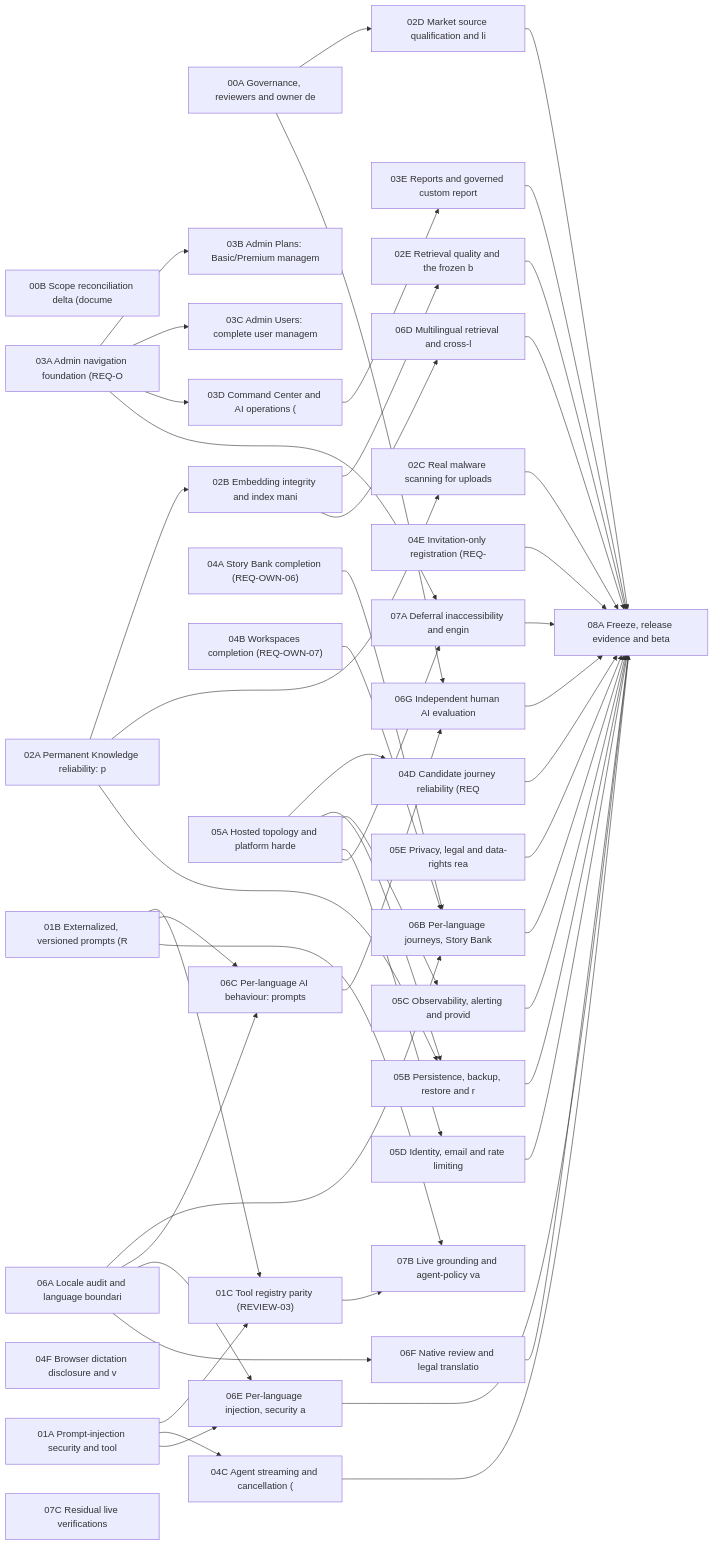
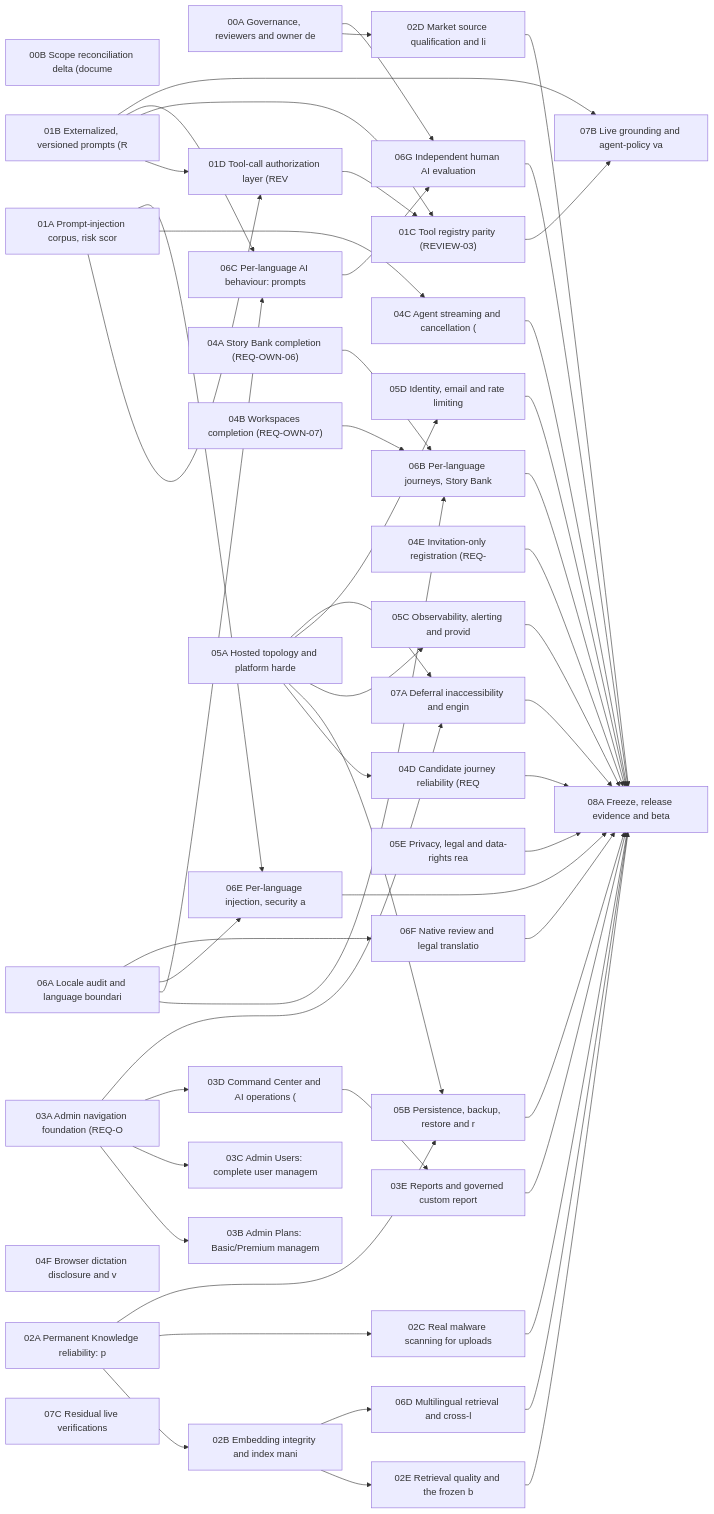
One commit to moaltamimi-unbiasedtalent/Intelligent-Interview-Coach changed the diagram in docs/production/execution/DEPENDENCY_GRAPH.md. Above: the diagram before and after it, drawn with Mermaid. The commit also changed other lines of this file and 18 other files, not shown here.

```diff
--- a/docs/production/execution/DEPENDENCY_GRAPH.md
+++ b/docs/production/execution/DEPENDENCY_GRAPH.md
@@ -8,7 +8,8 @@
 graph LR
   P00A["00A Governance, reviewers and owner de"]
   P00B["00B Scope reconciliation delta (docume"]
-  P01A["01A Prompt-injection security and tool"]
+  P01A["01A Prompt-injection corpus, risk scor"]
+  P01D["01D Tool-call authorization layer (REV"]
   P01B["01B Externalized, versioned prompts (R"]
   P01C["01C Tool registry parity (REVIEW-03)"]
   P02A["02A Permanent Knowledge reliability: p"]
@@ -43,8 +44,10 @@
   P07B["07B Live grounding and agent-policy va"]
   P07C["07C Residual live verifications"]
   P08A["08A Freeze, release evidence and beta "]
-  P01A --> P01C
+  P01A --> P01D
+  P01B --> P01D
   P01B --> P01C
+  P01D --> P01C
   P02A --> P02B
   P02A --> P02C
   P00A --> P02D
```
